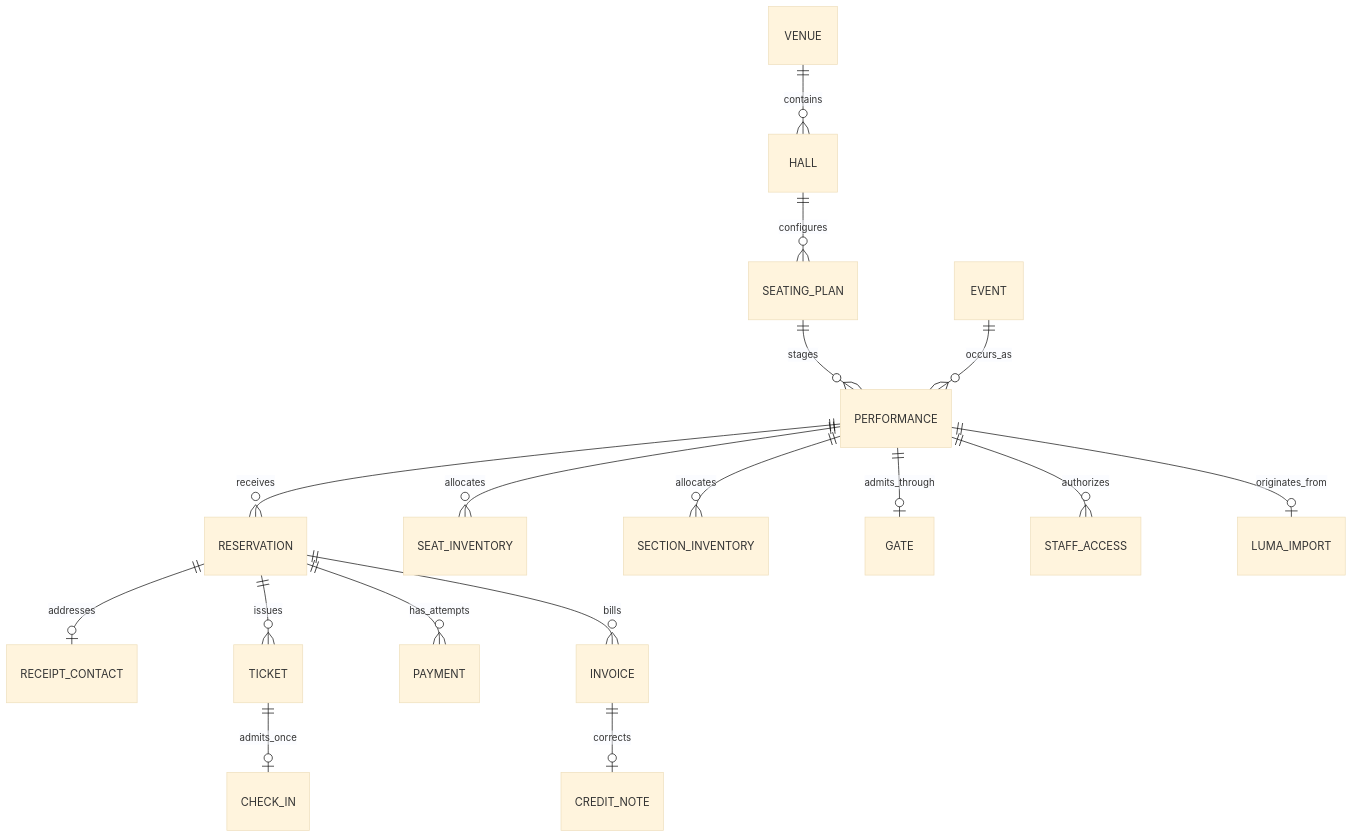
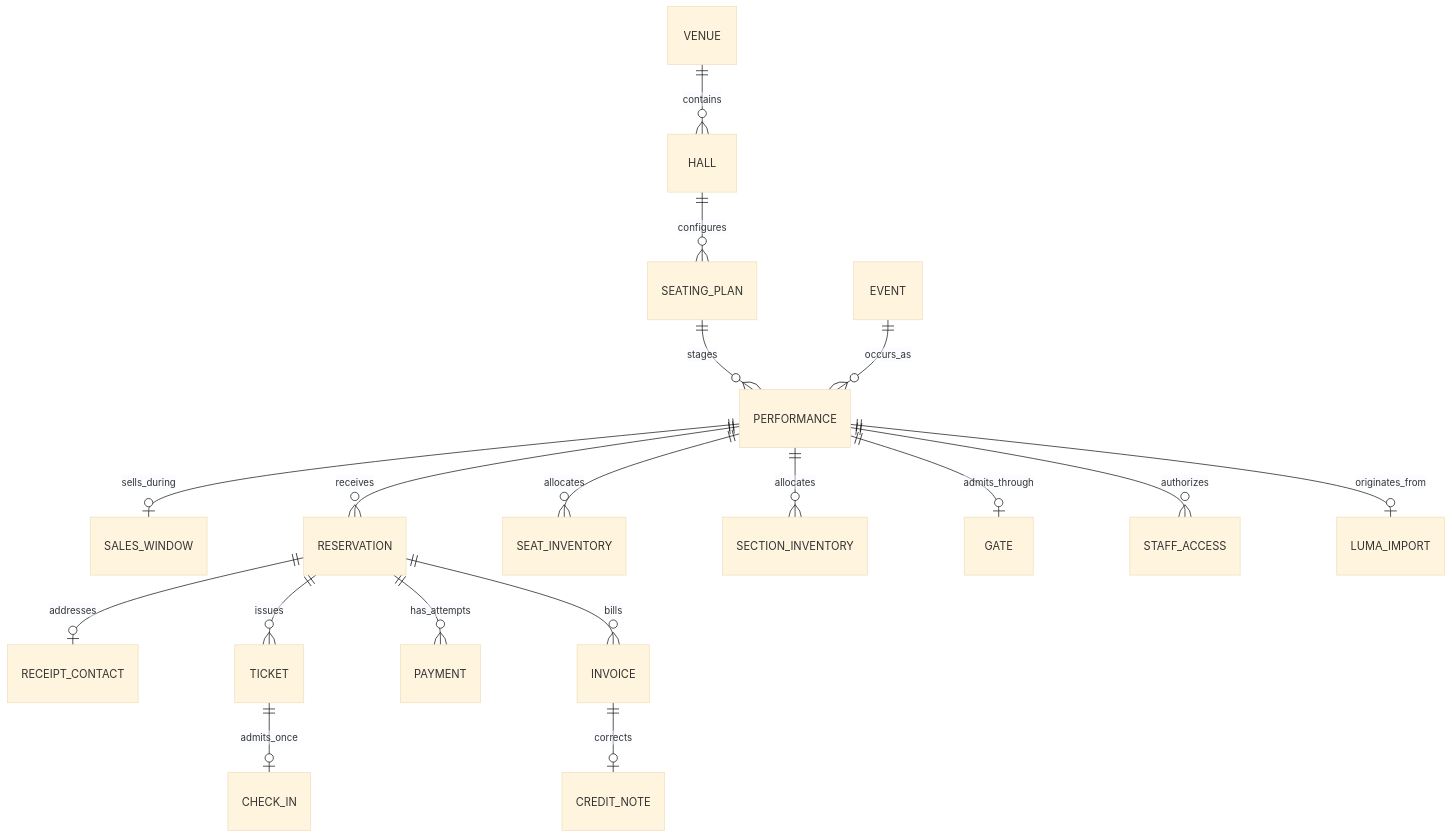
The diagram in docs/model.md (fluxzero-io/fluxzero-sample-ticketing), drawn with Mermaid (base theme) before and after one commit. The commit also changed other lines of this file and 52 other files, not shown here.

````diff
--- a/docs/model.md
+++ b/docs/model.md
@@ -3,19 +3,20 @@
 ```mermaid
 erDiagram
     VENUE ||--o{ HALL : contains
     HALL ||--o{ SEATING_PLAN : configures
     SEATING_PLAN ||--o{ PERFORMANCE : stages
     EVENT ||--o{ PERFORMANCE : occurs_as
+    PERFORMANCE ||--o| SALES_WINDOW : sells_during
     PERFORMANCE ||--o{ RESERVATION : receives
     PERFORMANCE ||--o{ SEAT_INVENTORY : allocates
     PERFORMANCE ||--o{ SECTION_INVENTORY : allocates
     PERFORMANCE ||--o| GATE : admits_through
     PERFORMANCE ||--o{ STAFF_ACCESS : authorizes
     RESERVATION ||--o| RECEIPT_CONTACT : addresses
     RESERVATION ||--o{ TICKET : issues
     TICKET ||--o| CHECK_IN : admits_once
     RESERVATION ||--o{ PAYMENT : has_attempts
     RESERVATION ||--o{ INVOICE : bills
     INVOICE ||--o| CREDIT_NOTE : corrects
     PERFORMANCE ||--o| LUMA_IMPORT : originates_from
 ```
````
